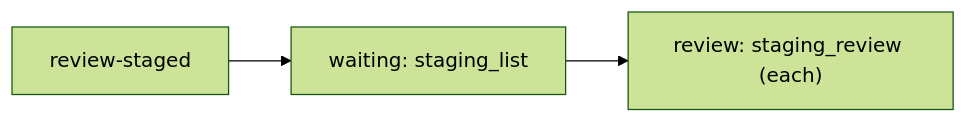
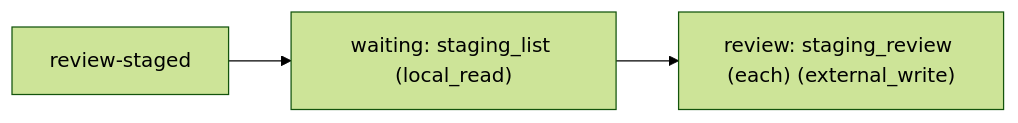
Diagram 24 of 30 in reports/2026-11-20-workflow-map/WORKFLOW-MAP.md (Jake36999/Librarian_V2), drawn with Mermaid (forest theme) before and after one commit. The commit also changed other lines of this file and 6 other files, not shown here.

````diff
--- a/reports/2026-11-20-workflow-map/WORKFLOW-MAP.md
+++ b/reports/2026-11-20-workflow-map/WORKFLOW-MAP.md
@@ -324,8 +324,8 @@
 ```mermaid
 flowchart LR
   s["review-staged"]
-  n0["waiting: staging_list"]
+  n0["waiting: staging_list (local_read)"]
   s --> n0
-  n1["review: staging_review (each)"]
+  n1["review: staging_review (each) (external_write)"]
   n0 --> n1
 ```
````
